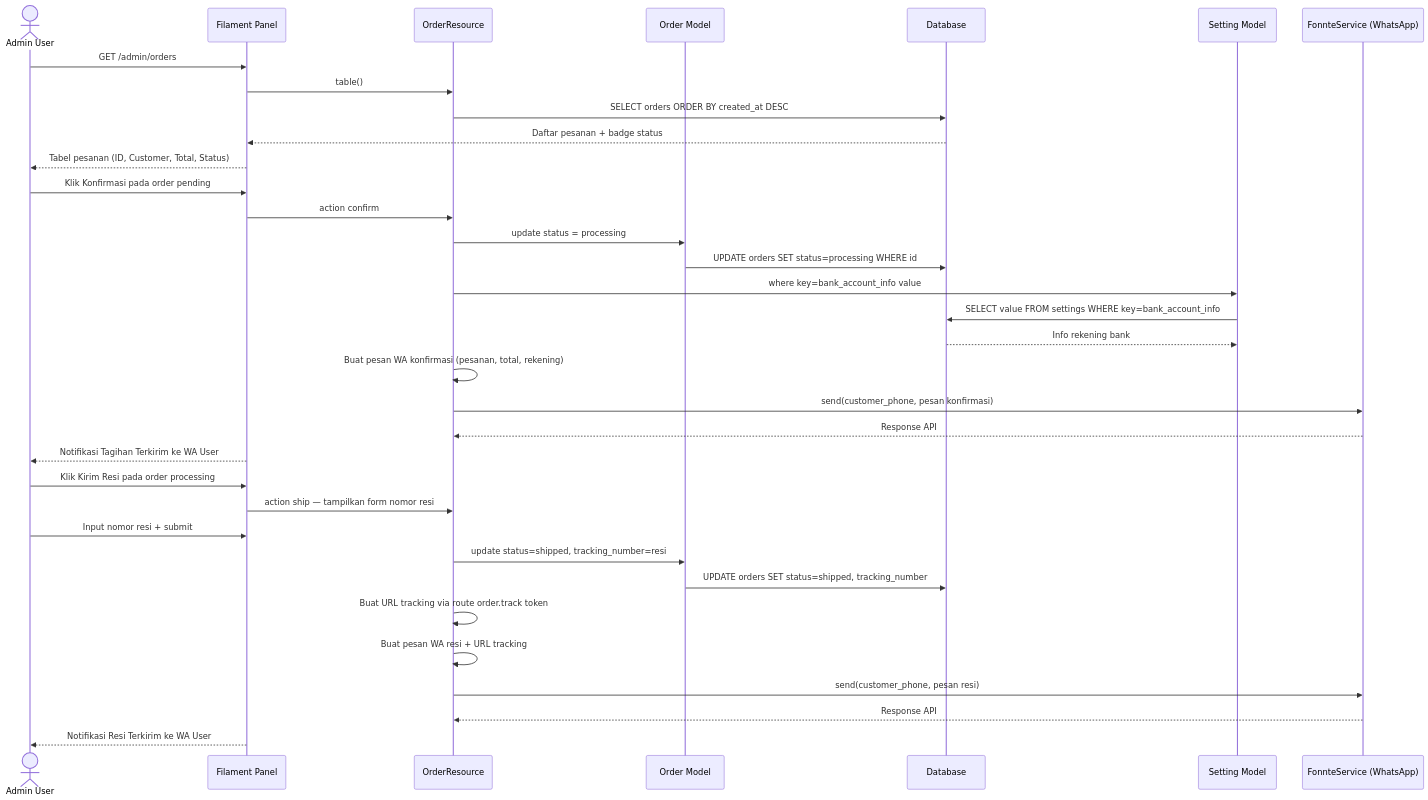
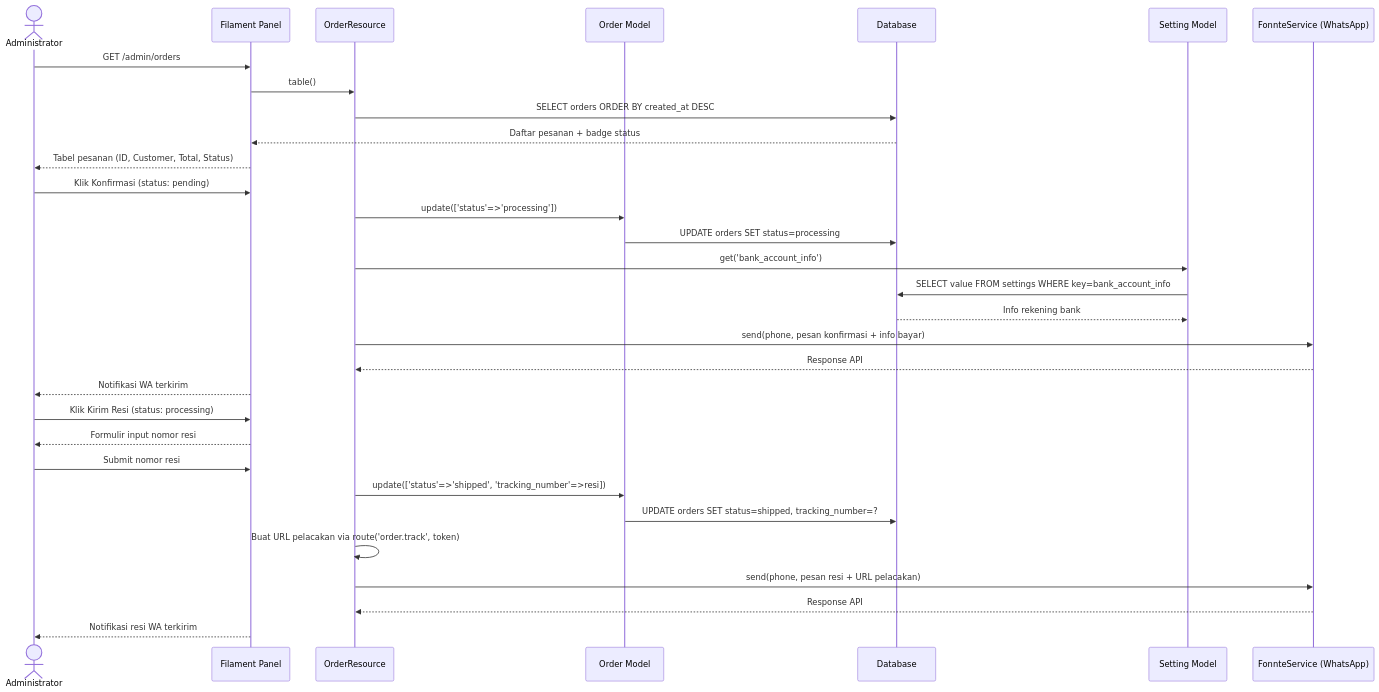
Before and after one commit to mustarisyahding07-spec/WEBSITE_SKRIPSI_MUSTARI: diagram 15 of 17 in docs/SEQUENCE_DIAGRAM_DOKUMENTASI.md, drawn with Mermaid. The commit also changed other lines of this file, not shown here.

Commit message:
docs: perbarui penjelasan sequence diagram ke format paragraf akademik

````diff
--- a/docs/SEQUENCE_DIAGRAM_DOKUMENTASI.md
+++ b/docs/SEQUENCE_DIAGRAM_DOKUMENTASI.md
@@ -770,43 +660,36 @@
 ```mermaid
 sequenceDiagram
-    actor Admin as Admin User
+    actor Admin as Administrator
     participant Filament as Filament Panel
     participant OR as OrderResource
     participant OrderM as Order Model
     participant DB as Database
     participant Setting as Setting Model
     participant Fonnte as FonnteService (WhatsApp)
 
     Admin->>Filament: GET /admin/orders
     Filament->>OR: table()
     OR->>DB: SELECT orders ORDER BY created_at DESC
     DB-->>Filament: Daftar pesanan + badge status
     Filament-->>Admin: Tabel pesanan (ID, Customer, Total, Status)
 
-    Admin->>Filament: Klik Konfirmasi pada order pending
-    Filament->>OR: action confirm
-    OR->>OrderM: update status = processing
-    OrderM->>DB: UPDATE orders SET status=processing WHERE id
-
-    OR->>Setting: where key=bank_account_info value
+    Admin->>Filament: Klik Konfirmasi (status: pending)
+    OR->>OrderM: update(['status'=>'processing'])
+    OrderM->>DB: UPDATE orders SET status=processing
+    OR->>Setting: get('bank_account_info')
     Setting->>DB: SELECT value FROM settings WHERE key=bank_account_info
     DB-->>Setting: Info rekening bank
-    OR->>OR: Buat pesan WA konfirmasi (pesanan, total, rekening)
+    OR->>Fonnte: send(phone, pesan konfirmasi + info bayar)
+    Fonnte-->>OR: Response API
+    Filament-->>Admin: Notifikasi WA terkirim
 
-    OR->>Fonnte: send(customer_phone, pesan konfirmasi)
+    Admin->>Filament: Klik Kirim Resi (status: processing)
+    Filament-->>Admin: Formulir input nomor resi
+    Admin->>Filament: Submit nomor resi
+    OR->>OrderM: update(['status'=>'shipped', 'tracking_number'=>resi])
+    OrderM->>DB: UPDATE orders SET status=shipped, tracking_number=?
+    OR->>OR: Buat URL pelacakan via route('order.track', token)
+    OR->>Fonnte: send(phone, pesan resi + URL pelacakan)
     Fonnte-->>OR: Response API
-    Filament-->>Admin: Notifikasi Tagihan Terkirim ke WA User
-
-    Admin->>Filament: Klik Kirim Resi pada order processing
-    Filament->>OR: action ship — tampilkan form nomor resi
-    Admin->>Filament: Input nomor resi + submit
-
-    OR->>OrderM: update status=shipped, tracking_number=resi
-    OrderM->>DB: UPDATE orders SET status=shipped, tracking_number
-
-    OR->>OR: Buat URL tracking via route order.track token
-    OR->>OR: Buat pesan WA resi + URL tracking
-    OR->>Fonnte: send(customer_phone, pesan resi)
-    Fonnte-->>OR: Response API
-    Filament-->>Admin: Notifikasi Resi Terkirim ke WA User
+    Filament-->>Admin: Notifikasi resi WA terkirim
 ```
````
